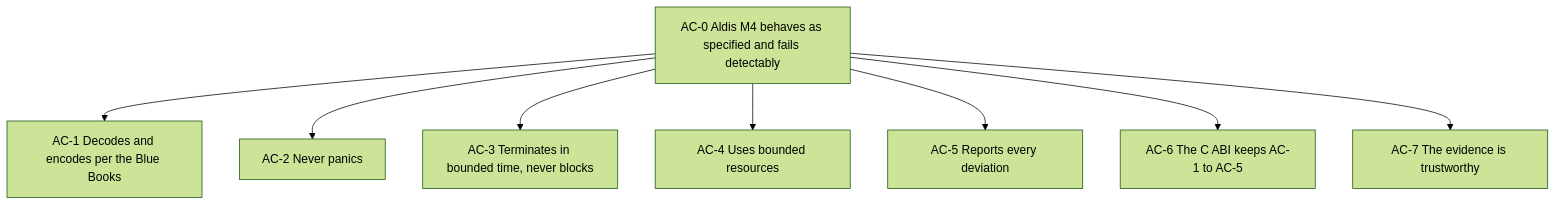
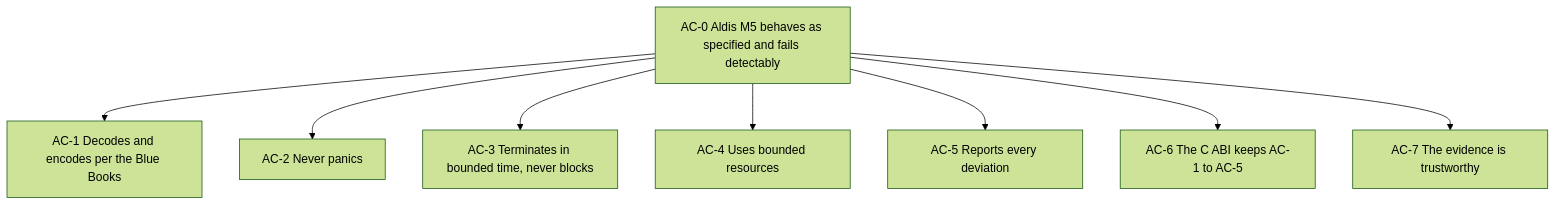
One commit to kscharpf/aldis changed the diagram in docs/verification/assurance-case.md. Above: the diagram before and after it, drawn with Mermaid (forest theme). The commit also changed other lines of this file and 15 other files, not shown here.

````diff
--- a/docs/verification/assurance-case.md
+++ b/docs/verification/assurance-case.md
@@ -15,11 +15,11 @@
 ```mermaid
 graph TD
-  AC0["AC-0 Aldis M4 behaves as specified and fails detectably"]
+  AC0["AC-0 Aldis M5 behaves as specified and fails detectably"]
   AC0 --> AC1["AC-1 Decodes and encodes per the Blue Books"]
   AC0 --> AC2["AC-2 Never panics"]
   AC0 --> AC3["AC-3 Terminates in bounded time, never blocks"]
   AC0 --> AC4["AC-4 Uses bounded resources"]
   AC0 --> AC5["AC-5 Reports every deviation"]
   AC0 --> AC6["AC-6 The C ABI keeps AC-1 to AC-5"]
   AC0 --> AC7["AC-7 The evidence is trustworthy"]
 ```
````
